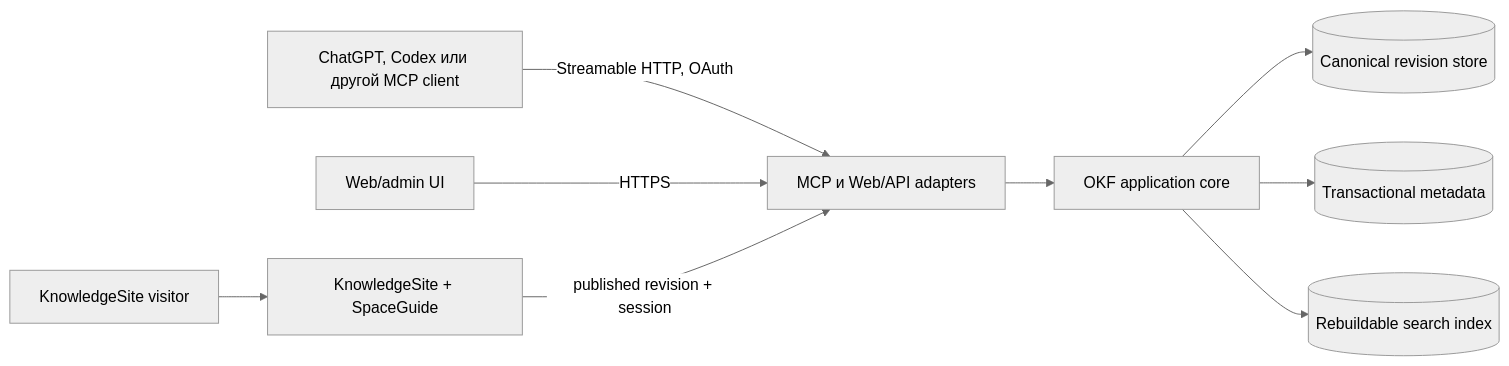
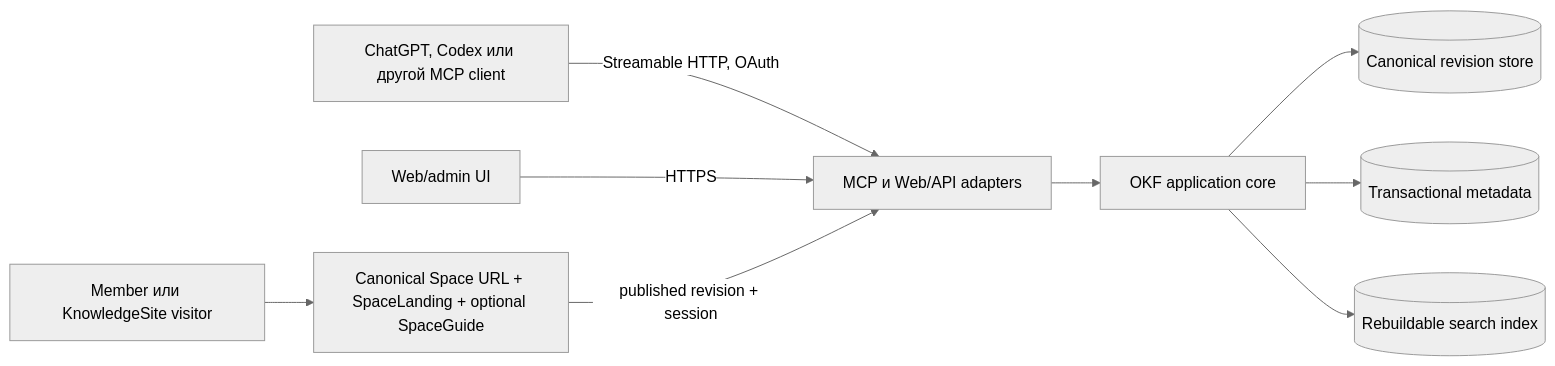
One commit to xxsrez/MindDiary changed the diagram in docs/architecture.md. Above: the diagram before and after it, drawn with Mermaid (neutral theme). The commit also changed other lines of this file and 6 other files, not shown here.

Commit message:
Define canonical KnowledgeSpace URLs

````diff
--- a/docs/architecture.md
+++ b/docs/architecture.md
@@ -26,21 +27,21 @@
 ```mermaid
 flowchart LR
     Agent[ChatGPT, Codex или другой MCP client]
     Admin[Web/admin UI]
-    Visitor[KnowledgeSite visitor]
-    Site[KnowledgeSite + SpaceGuide]
+    Visitor[Member или KnowledgeSite visitor]
+    Site[Canonical Space URL + SpaceLanding + optional SpaceGuide]
     Edge[MCP и Web/API adapters]
     Core[OKF application core]
     Canon[(Canonical revision store)]
     Meta[(Transactional metadata)]
     Index[(Rebuildable search index)]
 
     Agent -->|Streamable HTTP, OAuth| Edge
     Admin -->|HTTPS| Edge
     Visitor --> Site
     Site -->|published revision + session| Edge
     Edge --> Core
     Core --> Canon
     Core --> Meta
     Core --> Index
 ```
````
